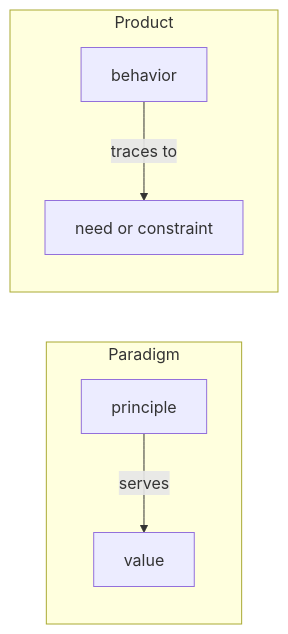
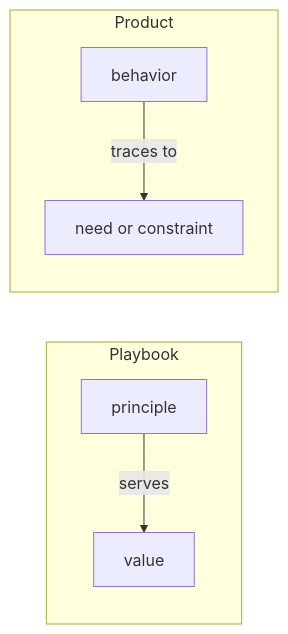
One commit to ScottHysom/claude-plugins changed the third of 3 diagrams in plugins/flywheel/docs/README.md. Above: the diagram before and after it, drawn with Mermaid. The commit also changed other lines of this file and 18 other files, not shown here.

````diff
--- a/plugins/flywheel/docs/README.md
+++ b/plugins/flywheel/docs/README.md
@@ -90,9 +90,9 @@
 ```mermaid
 flowchart LR
-  subgraph Paradigm
+  subgraph Playbook
     pr[principle] -- serves --> val[value]
   end
   subgraph Product
     beh[behavior] -- traces to --> need[need or constraint]
   end
 ```
````
